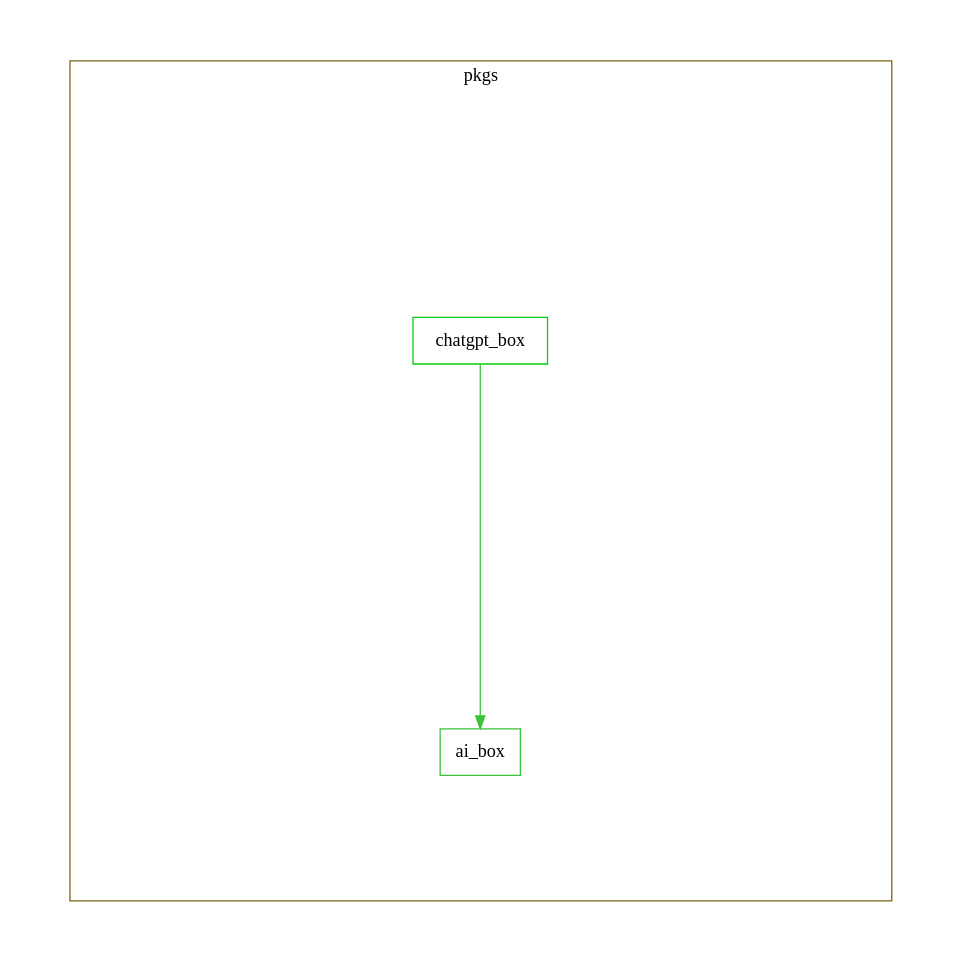
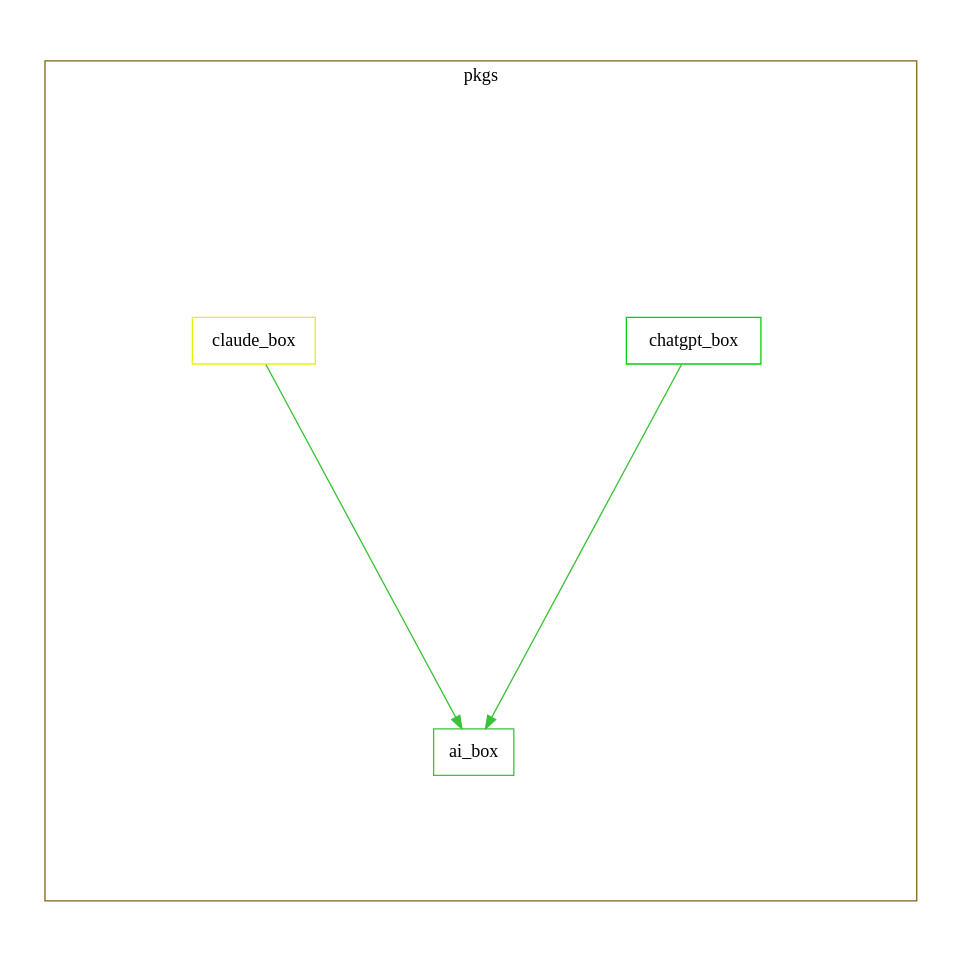
Before and after one commit to normidar/ai_box: the diagram in gviz.dot, drawn with Graphviz. The commit also changed 30 other files, not shown here.

Commit message:
Enhance gviz.dot by adding claude_box visualization and updating package relationships to include claude_box in the cluster.

```diff
--- a/gviz.dot
+++ b/gviz.dot
@@ -1,12 +1,15 @@
 digraph packages {
   size="10"; ratio=fill;
   ai_box [shape="box"; color="#3ac239"];
   chatgpt_box [shape="box"; color="#07cf0e"];
+  claude_box [shape="box"; color="#e4f40c"];
   chatgpt_box -> ai_box [style="filled"; color="#3ac239"];
+  claude_box -> ai_box [style="filled"; color="#3ac239"];
   subgraph "cluster pkgs" {
     label="pkgs";
     color="#7c6413";
     ai_box;
     chatgpt_box;
+    claude_box;
   }
 }
```
